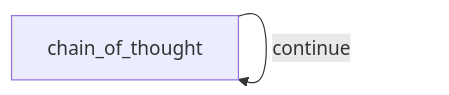
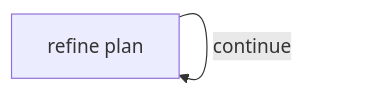
Before and after one commit to jigmd/sley: the diagram in cookbook/python-thinking/README.md, drawn with Mermaid. The commit also changed other lines of this file and 86 other files, not shown here.

````diff
--- a/cookbook/python-thinking/README.md
+++ b/cookbook/python-thinking/README.md
@@ -33,4 +20,4 @@
 ```mermaid
 flowchart LR
-    cot[chain_of_thought] -->|"continue"| cot
+    refine[refine plan] -->|continue| refine
 ```
````
